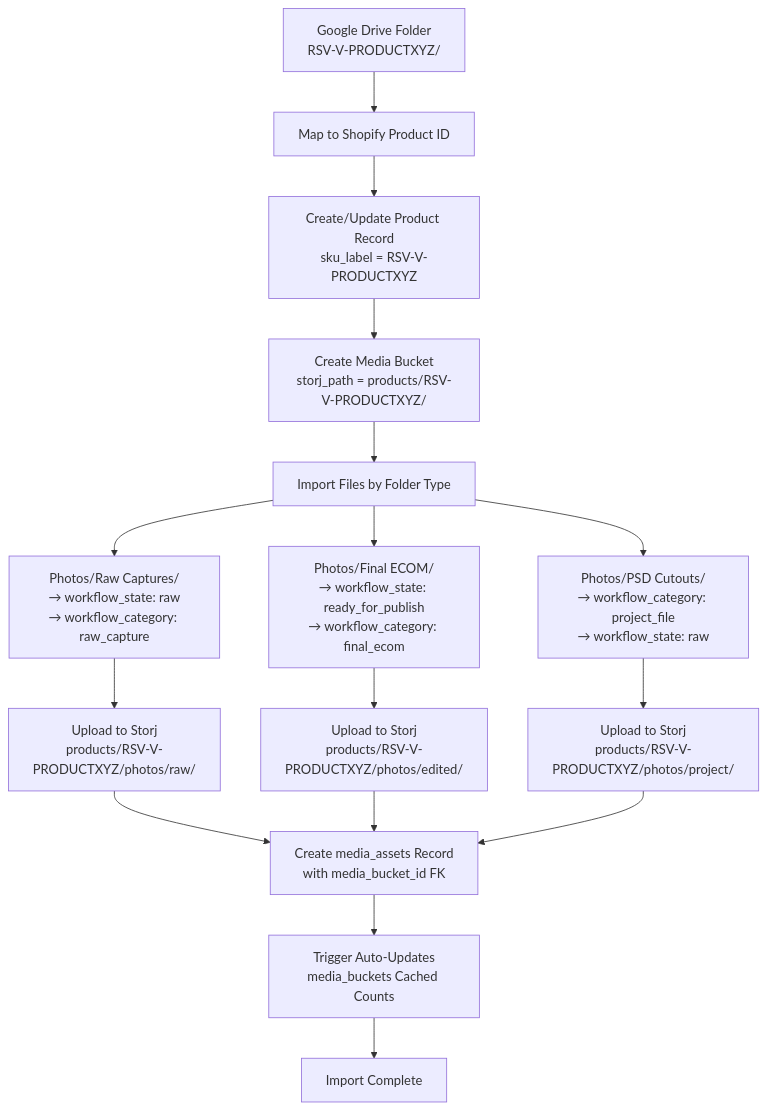
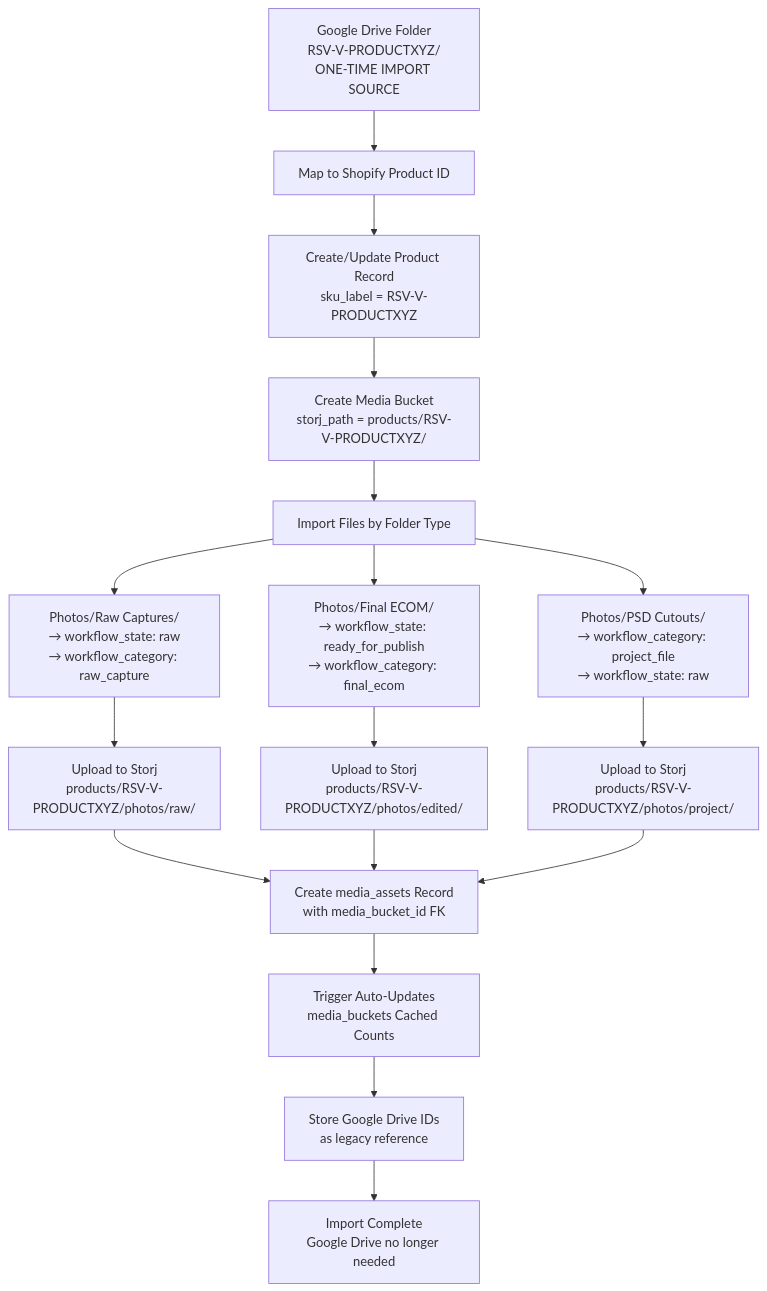
Before and after one commit to Kink-Engineering/kinkstore-PIM: the second of 3 diagrams in database-schema.md, drawn with Mermaid. The commit also changed other lines of this file, not shown here.

First line of the commit message:
Clarify Google Drive is import-only, stored as legacy reference

````diff
--- a/database-schema.md
+++ b/database-schema.md
@@ -285,22 +292,23 @@
 ```mermaid
 flowchart TD
-    A[Google Drive Folder<br/>RSV-V-PRODUCTXYZ/] --> B[Map to Shopify Product ID]
+    A[Google Drive Folder<br/>RSV-V-PRODUCTXYZ/<br/>ONE-TIME IMPORT SOURCE] --> B[Map to Shopify Product ID]
     B --> C[Create/Update Product Record<br/>sku_label = RSV-V-PRODUCTXYZ]
     C --> D[Create Media Bucket<br/>storj_path = products/RSV-V-PRODUCTXYZ/]
     D --> E[Import Files by Folder Type]
 
     E --> F1[Photos/Raw Captures/<br/>→ workflow_state: raw<br/>→ workflow_category: raw_capture]
     E --> F2[Photos/Final ECOM/<br/>→ workflow_state: ready_for_publish<br/>→ workflow_category: final_ecom]
     E --> F3[Photos/PSD Cutouts/<br/>→ workflow_category: project_file<br/>→ workflow_state: raw]
 
     F1 --> G[Upload to Storj<br/>products/RSV-V-PRODUCTXYZ/photos/raw/]
     F2 --> H[Upload to Storj<br/>products/RSV-V-PRODUCTXYZ/photos/edited/]
     F3 --> I[Upload to Storj<br/>products/RSV-V-PRODUCTXYZ/photos/project/]
 
     G --> J[Create media_assets Record<br/>with media_bucket_id FK]
     H --> J
     I --> J
 
     J --> K[Trigger Auto-Updates<br/>media_buckets Cached Counts]
-    K --> L[Import Complete]
+    K --> L[Store Google Drive IDs<br/>as legacy reference]
+    L --> M[Import Complete<br/>Google Drive no longer needed]
 ```
````
